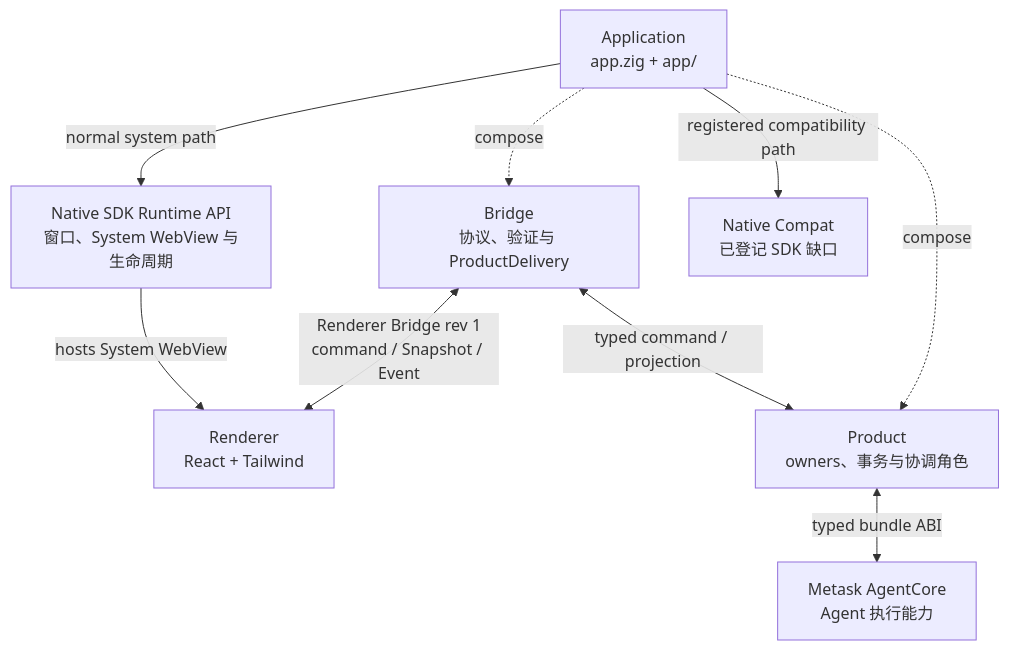
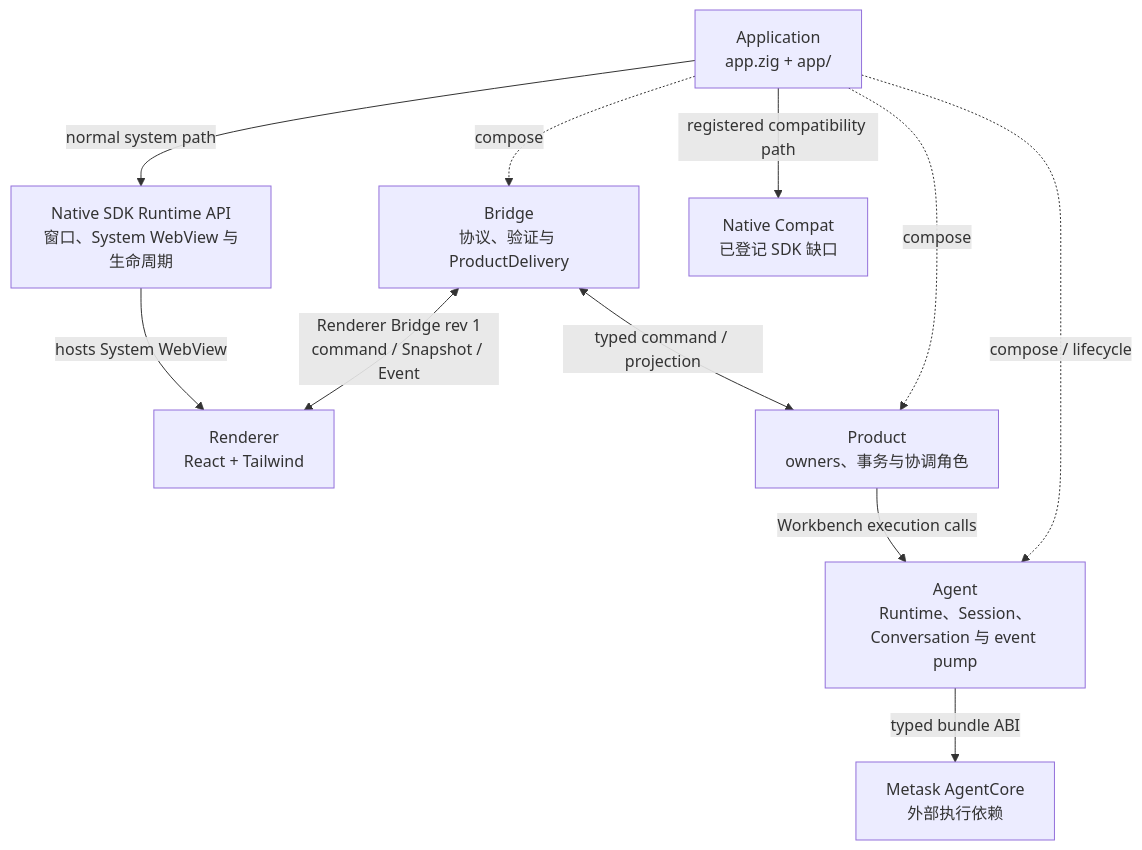
Before and after one commit to metask-ai/metawork: the diagram in docs/architecture.md, drawn with Mermaid. The commit also changed other lines of this file and 6 other files, not shown here.

First line of the commit message:
docs(agent): define peer execution boundary

````diff
--- a/docs/architecture.md
+++ b/docs/architecture.md
@@ -27,19 +27,22 @@
 ```mermaid
 flowchart TB
     RENDERER["Renderer<br/>React + Tailwind"]
     APPLICATION["Application<br/>app.zig + app/"]
     BRIDGE["Bridge<br/>协议、验证与 ProductDelivery"]
     PRODUCT["Product<br/>owners、事务与协调角色"]
-    AGENTCORE["Metask AgentCore<br/>Agent 执行能力"]
+    AGENT["Agent<br/>Runtime、Session、Conversation 与 event pump"]
+    AGENTCORE["Metask AgentCore<br/>外部执行依赖"]
     NATIVE_RUNTIME["Native SDK Runtime API<br/>窗口、System WebView 与生命周期"]
     NATIVE_COMPAT["Native Compat<br/>已登记 SDK 缺口"]
 
     APPLICATION -. "compose" .-> BRIDGE
     APPLICATION -. "compose" .-> PRODUCT
+    APPLICATION -. "compose / lifecycle" .-> AGENT
     BRIDGE <-->|"Renderer Bridge rev 1<br/>command / Snapshot / Event"| RENDERER
     BRIDGE <-->|"typed command / projection"| PRODUCT
-    PRODUCT <-->|"typed bundle ABI"| AGENTCORE
+    PRODUCT -->|"Workbench execution calls"| AGENT
+    AGENT -->|"typed bundle ABI"| AGENTCORE
     APPLICATION -->|"normal system path"| NATIVE_RUNTIME
     APPLICATION -->|"registered compatibility path"| NATIVE_COMPAT
     NATIVE_RUNTIME -->|"hosts System WebView"| RENDERER
 ```
````
